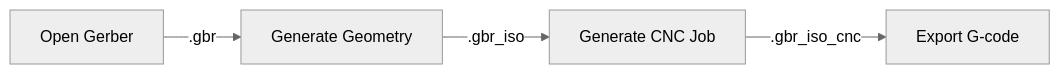
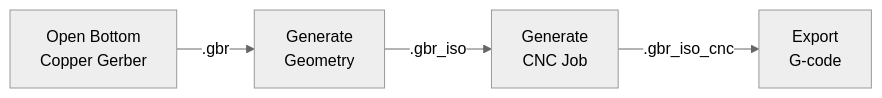
The diagram in content/docs/flatcam/traces.md (rahji/pcbmilling), drawn with Mermaid (neutral theme) before and after one commit. The commit also changed other lines of this file and 11 other files, not shown here.

```diff
--- a/content/docs/flatcam/traces.md
+++ b/content/docs/flatcam/traces.md
@@ -10,6 +10,6 @@
 {{< mermaid >}}
 graph LR
-    A[Open Gerber]-->|.gbr|B[Generate Geometry]
-    B-->|.gbr_iso|C[Generate CNC Job]
-    C-->|.gbr_iso_cnc|D[Export G-code]
+    A[Open Bottom<br>Copper Gerber]-->|.gbr|B[Generate<br>Geometry]
+    B-->|.gbr_iso|C[Generate<br>CNC Job]
+    C-->|.gbr_iso_cnc|D[Export<br>G-code]
 {{< /mermaid >}}
```
